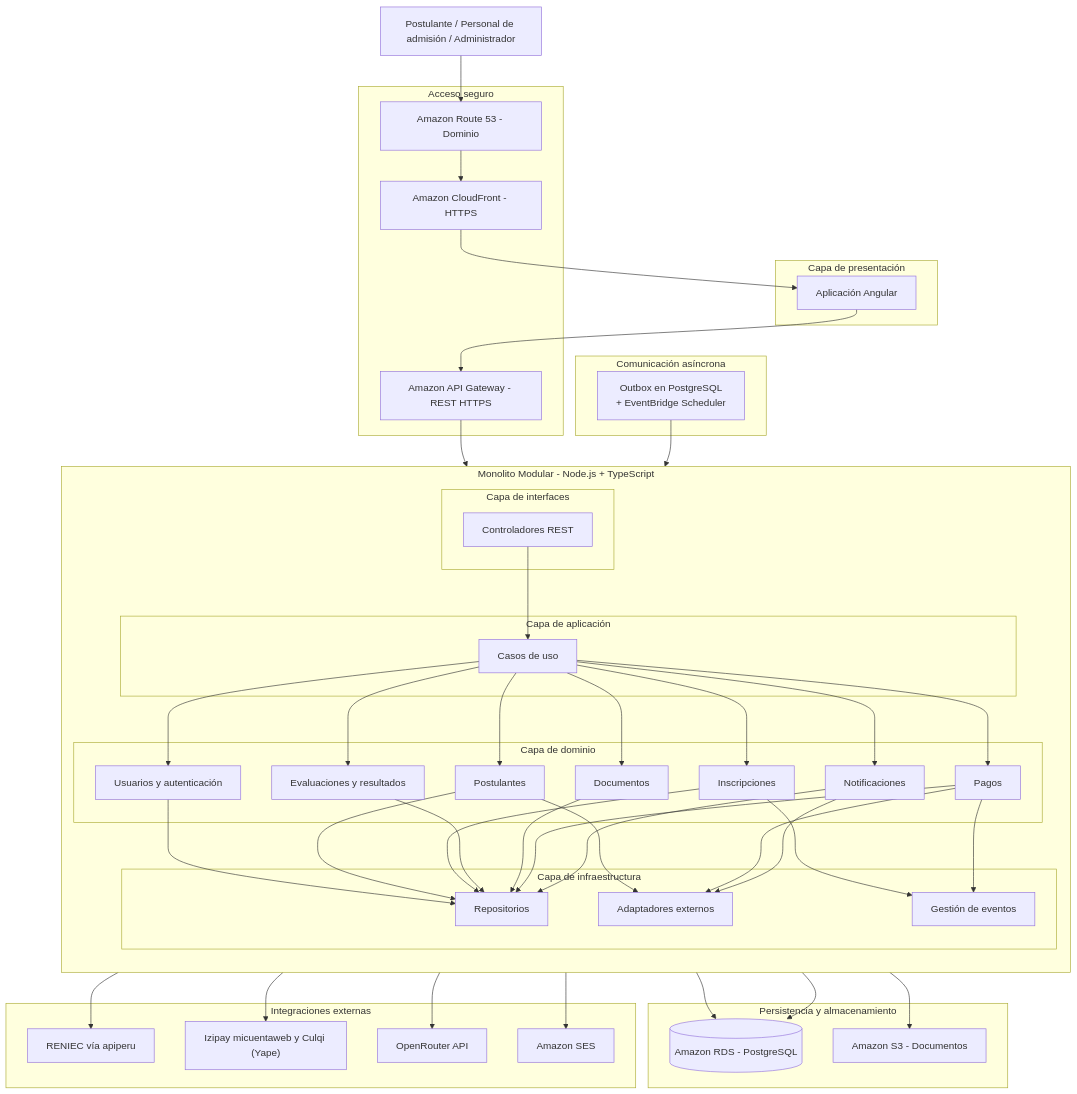
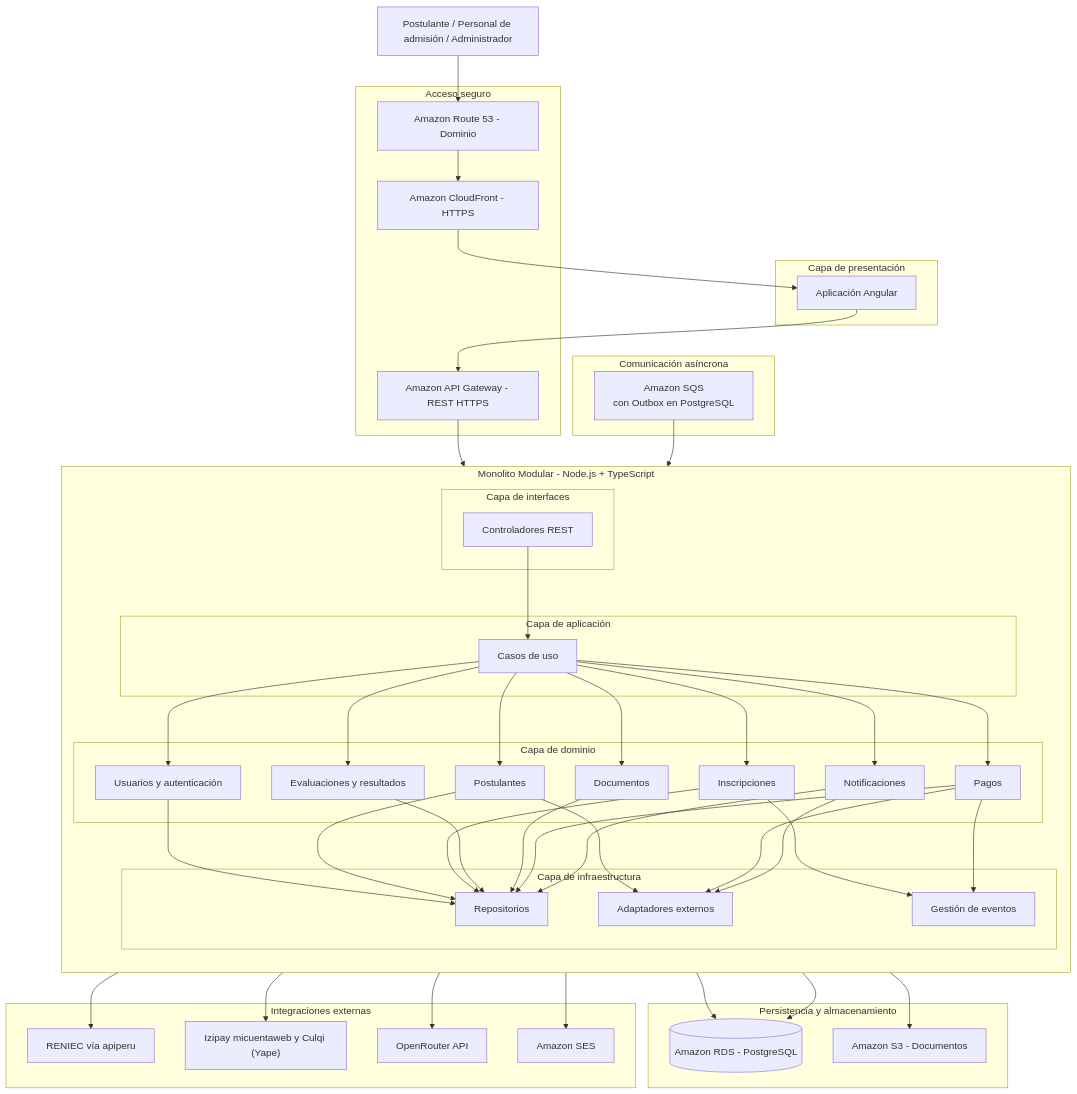
The diagram in docs/02-arquitectura-de-software/08-arquitectura-inicial.md (DiegoCoras06/sia-unsch-admision), drawn with Mermaid before and after one commit. The commit also changed other lines of this file and 16 other files, not shown here.

First line of the commit message:
Documentación: 12 módulos y mensajería con Amazon SQS

```diff
--- a/docs/02-arquitectura-de-software/08-arquitectura-inicial.md
+++ b/docs/02-arquitectura-de-software/08-arquitectura-inicial.md
@@ -82,7 +82,7 @@
     end
 
     subgraph EVENTOS["Comunicación asíncrona"]
-        EB["Outbox en PostgreSQL<br/>+ EventBridge Scheduler"]
+        EB["Amazon SQS<br/>con Outbox en PostgreSQL"]
     end
 
     subgraph EXTERNOS["Integraciones externas"]
```
